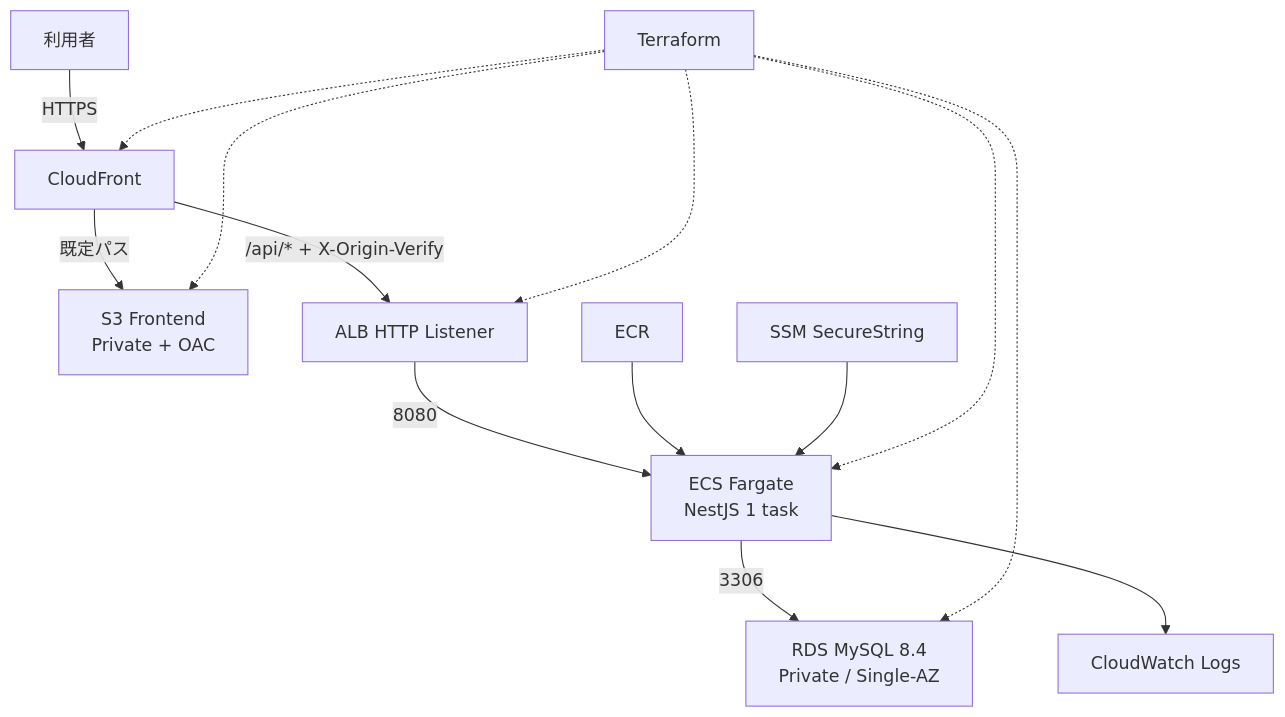
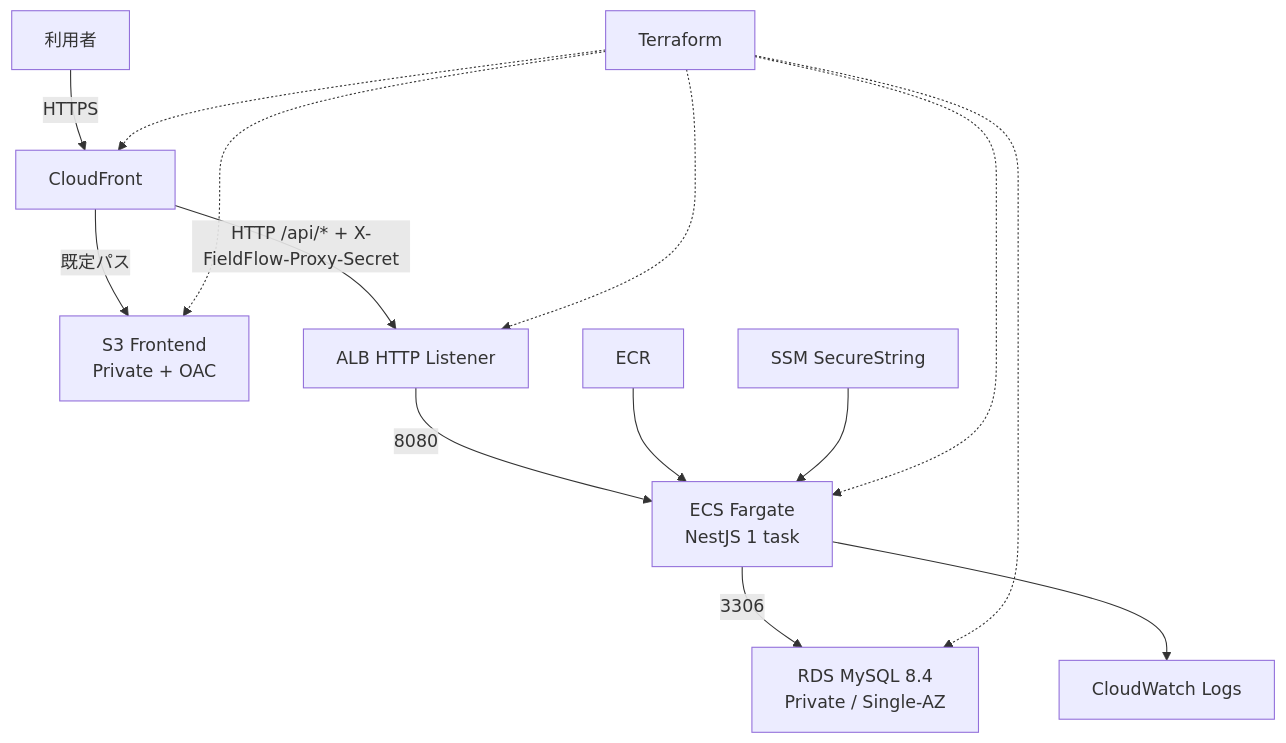
The diagram in docs/design/aws-architecture.md (Hiroyuki-12/FieldFlow), drawn with Mermaid before and after one commit. The commit also changed other lines of this file and 45 other files, not shown here.

````diff
--- a/docs/design/aws-architecture.md
+++ b/docs/design/aws-architecture.md
@@ -11,16 +11,16 @@
 ```mermaid
 flowchart TD
     U[利用者] -->|HTTPS| CF[CloudFront]
     CF -->|既定パス| S3["S3 Frontend<br/>Private + OAC"]
-    CF -->|/api/* + X-Origin-Verify| ALB[ALB HTTP Listener]
+    CF -->|HTTP /api/* + X-FieldFlow-Proxy-Secret| ALB[ALB HTTP Listener]
     ALB -->|8080| ECS["ECS Fargate<br/>NestJS 1 task"]
     ECS -->|3306| RDS["RDS MySQL 8.4<br/>Private / Single-AZ"]
     ECR[ECR] --> ECS
     SSM[SSM SecureString] --> ECS
     ECS --> LOG[CloudWatch Logs]
     TF[Terraform] -.-> CF
     TF -.-> S3
     TF -.-> ALB
     TF -.-> ECS
     TF -.-> RDS
 ```
````
